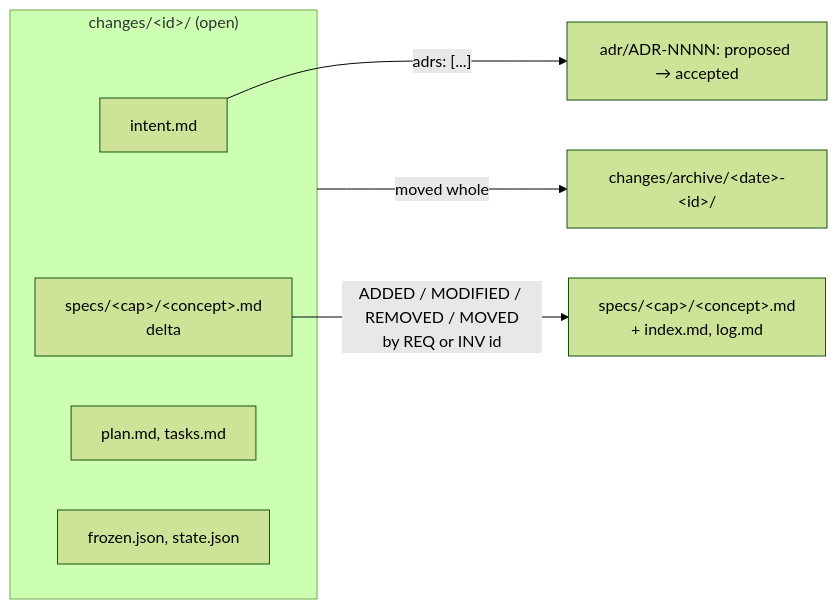
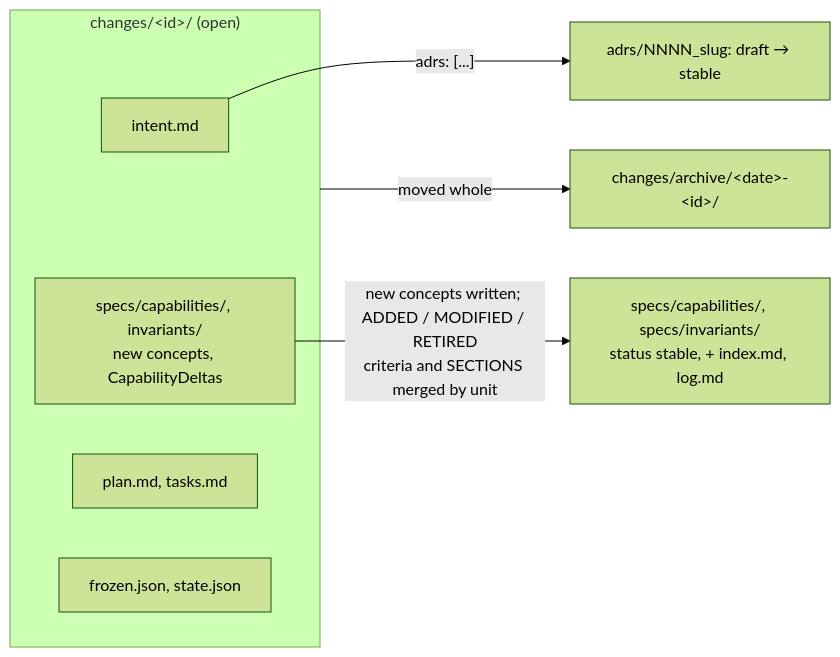
One commit to gpr/claude-plugins changed the diagram in plugins/meta/sdd/docs/reference/repo-layout.md. Above: the diagram before and after it, drawn with Mermaid (forest theme). The commit also changed other lines of this file and 52 other files, not shown here.

Commit message:
feat(sdd)!: generate Capability and Invariant concepts from the lintel templates (#25)

````diff
--- a/plugins/meta/sdd/docs/reference/repo-layout.md
+++ b/plugins/meta/sdd/docs/reference/repo-layout.md
@@ -43,12 +43,12 @@
 ```mermaid
 flowchart LR
     subgraph open ["changes/&lt;id&gt;/ (open)"]
         I[intent.md]
-        DL["specs/&lt;cap&gt;/&lt;concept&gt;.md<br/>delta"]
+        DL["specs/capabilities/, invariants/<br/>new concepts, CapabilityDeltas"]
         PT[plan.md, tasks.md]
         FJ[frozen.json, state.json]
     end
-    DL -- "ADDED / MODIFIED / REMOVED / MOVED<br/>by REQ or INV id" --> LS["specs/&lt;cap&gt;/&lt;concept&gt;.md<br/>+ index.md, log.md"]
-    I -- "adrs: [...]" --> ADR["adr/ADR-NNNN: proposed → accepted"]
+    DL -- "new concepts written; ADDED / MODIFIED / RETIRED<br/>criteria and SECTIONS merged by unit" --> LS["specs/capabilities/, specs/invariants/<br/>status stable, + index.md, log.md"]
+    I -- "adrs: [...]" --> ADR["adrs/NNNN_slug: draft → stable"]
     open -- "moved whole" --> AR["changes/archive/&lt;date&gt;-&lt;id&gt;/"]
 ```
````
